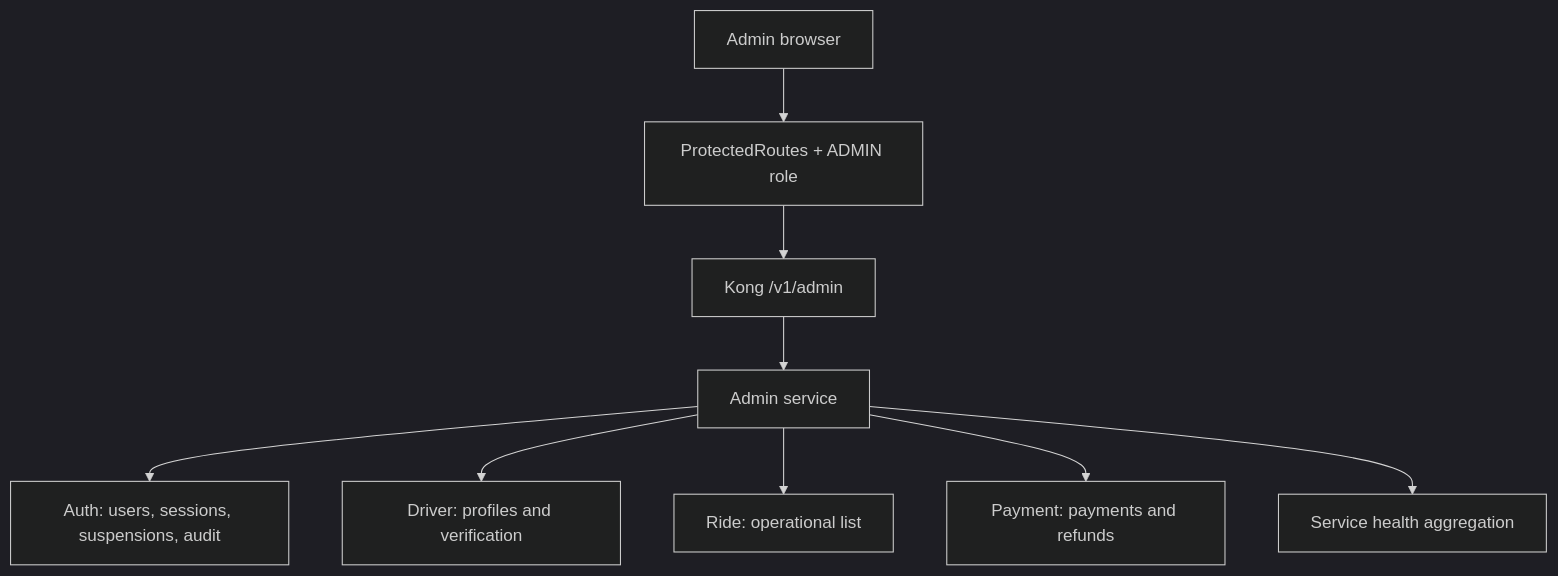
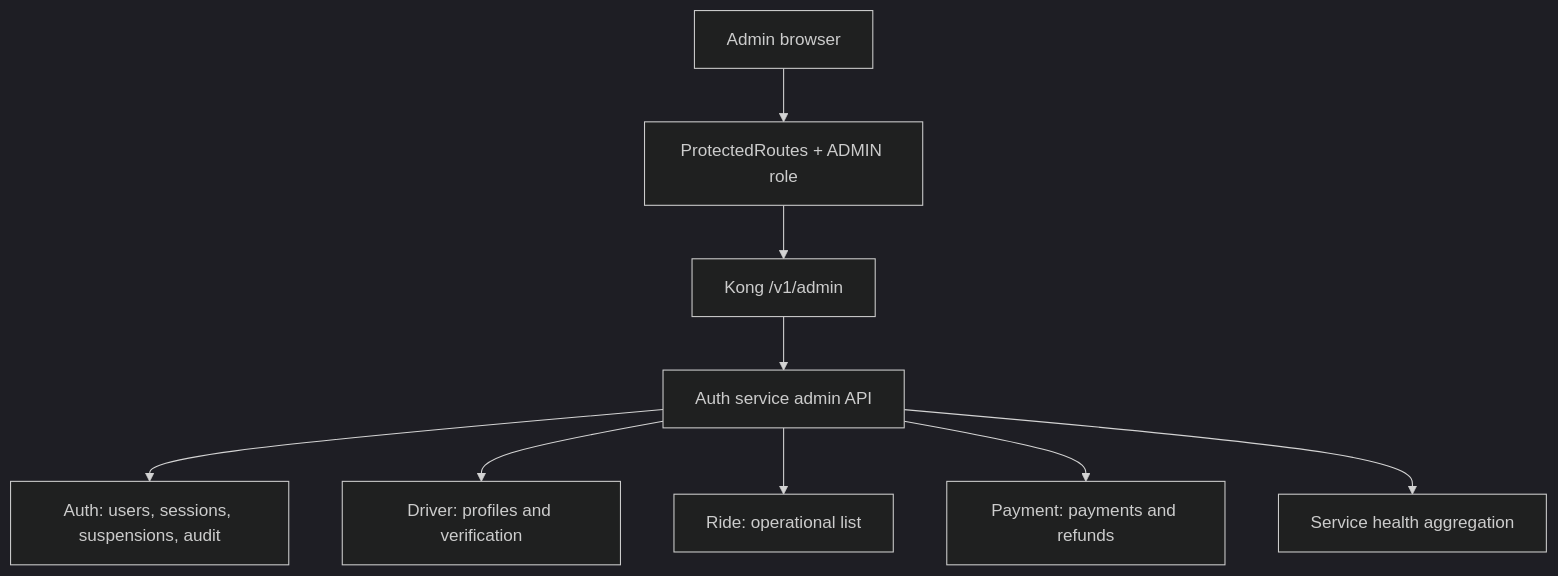
The ninth of 10 diagrams in README.md (akshaygupta9874/urbanfleet-project), drawn with Mermaid (dark theme) before and after one commit. The commit also changed other lines of this file and 86 other files, not shown here.

First line of the commit message:
feat(core): consolidate admin architecture, upgrade notification mail transport, and stabilize driver KYC

````diff
--- a/README.md
+++ b/README.md
@@ -441,11 +439,11 @@
 ```mermaid
 flowchart TD
   AdminUser["Admin browser"] --> Guard["ProtectedRoutes + ADMIN role"]
   Guard --> AdminAPI["Kong /v1/admin"]
-  AdminAPI --> AdminService["Admin service"]
-  AdminService --> Auth["Auth: users, sessions, suspensions, audit"]
-  AdminService --> Driver["Driver: profiles and verification"]
-  AdminService --> Ride["Ride: operational list"]
-  AdminService --> Payment["Payment: payments and refunds"]
-  AdminService --> Health["Service health aggregation"]
+  AdminAPI --> AuthAdmin["Auth service admin API"]
+  AuthAdmin --> Auth["Auth: users, sessions, suspensions, audit"]
+  AuthAdmin --> Driver["Driver: profiles and verification"]
+  AuthAdmin --> Ride["Ride: operational list"]
+  AuthAdmin --> Payment["Payment: payments and refunds"]
+  AuthAdmin --> Health["Service health aggregation"]
 ```
````
